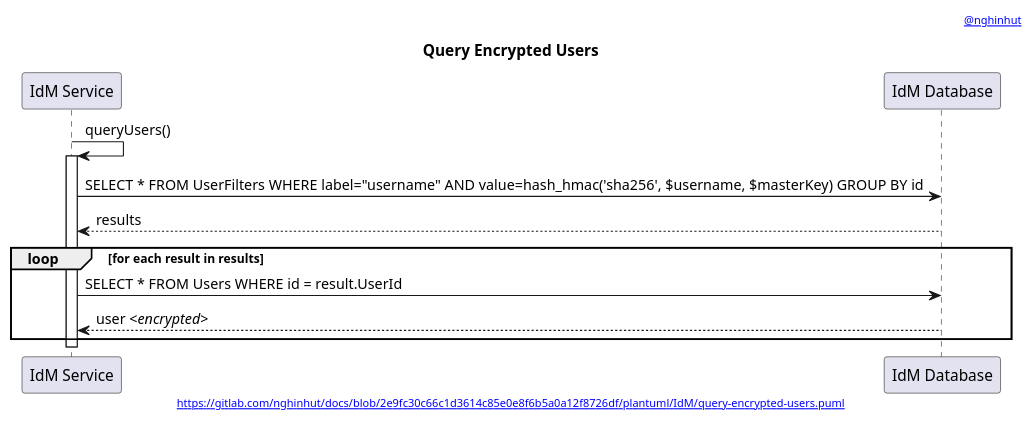
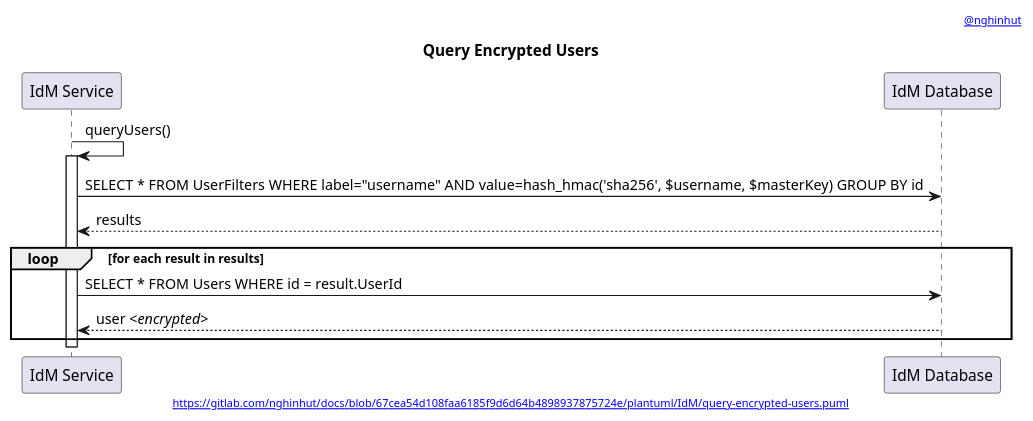
One commit to nghinhut/docs changed the diagram in plantuml/IdM/query-encrypted-users.function.puml. Above: the diagram before and after it, drawn with PlantUML. The commit also changed 29 other files, not shown here.

```diff
--- a/plantuml/IdM/query-encrypted-users.function.puml
+++ b/plantuml/IdM/query-encrypted-users.function.puml
@@ -1,22 +1,22 @@
 @startuml
 '-----START auto generated metadata please keep comment here to allow auto update-----
 '-----DON'T EDIT THIS SECTION, INSTEAD RE-RUN prebuild.sh TO UPDATE-----
-header [[https://www.nghinhut.dev?from=http%5C%3A%5C%2F%5C%2Fwww%5C.plantuml%5C.com%5C%2Fplantuml%5C%2Fproxy%3Ffmt%3Dsvg%5C%26src%3Dhttps%5C%3A%5C%2F%5C%2Fgitlab%5C.com%5C%2Fnghinhut%5C%2Fdocs%5C%2Fraw%5C%2F2e9fc30c66c1d3614c85e0e8f6b5a0a12f8726df%5C%2Fplantuml%5C%2FIdM%5C%2Fquery-encrypted-users%5C.puml%0A @nghinhut]]
-footer [[http://www.plantuml.com/plantuml/proxy?fmt=svg&src=https://gitlab.com/nghinhut/docs/raw/2e9fc30c66c1d3614c85e0e8f6b5a0a12f8726df/plantuml/IdM/query-encrypted-users.puml https://gitlab.com/nghinhut/docs/blob/2e9fc30c66c1d3614c85e0e8f6b5a0a12f8726df/plantuml/IdM/query-encrypted-users.puml]]
+header [[https://www.nghinhut.dev?from=http%5C%3A%5C%2F%5C%2Fwww%5C.plantuml%5C.com%5C%2Fplantuml%5C%2Fproxy%3Ffmt%3Dsvg%5C%26src%3Dhttps%5C%3A%5C%2F%5C%2Fgitlab%5C.com%5C%2Fnghinhut%5C%2Fdocs%5C%2Fraw%5C%2F67cea54d108faa6185f9d6d64b4898937875724e%5C%2Fplantuml%5C%2FIdM%5C%2Fquery-encrypted-users%5C.puml%0A @nghinhut]]
+footer [[http://www.plantuml.com/plantuml/proxy?fmt=svg&src=https://gitlab.com/nghinhut/docs/raw/67cea54d108faa6185f9d6d64b4898937875724e/plantuml/IdM/query-encrypted-users.puml https://gitlab.com/nghinhut/docs/blob/67cea54d108faa6185f9d6d64b4898937875724e/plantuml/IdM/query-encrypted-users.puml]]
 '-----END auto generated metadata please keep comment here to allow auto update-----
 title Query Encrypted Users
 
 participant "IdM Service" as idm
 participant "IdM Database" as db
 
 idm -> idm : queryUsers()
 activate idm
     idm -> db : SELECT * FROM UserFilters WHERE label="username" AND value=hash_hmac('sha256', $username, $masterKey) GROUP BY id
     idm <-- db : results
 
     loop for each result in results
         idm -> db : SELECT * FROM Users WHERE id = result.UserId
         idm <-- db : user <//encrypted//>
     end
 deactivate idm
 @enduml
```
